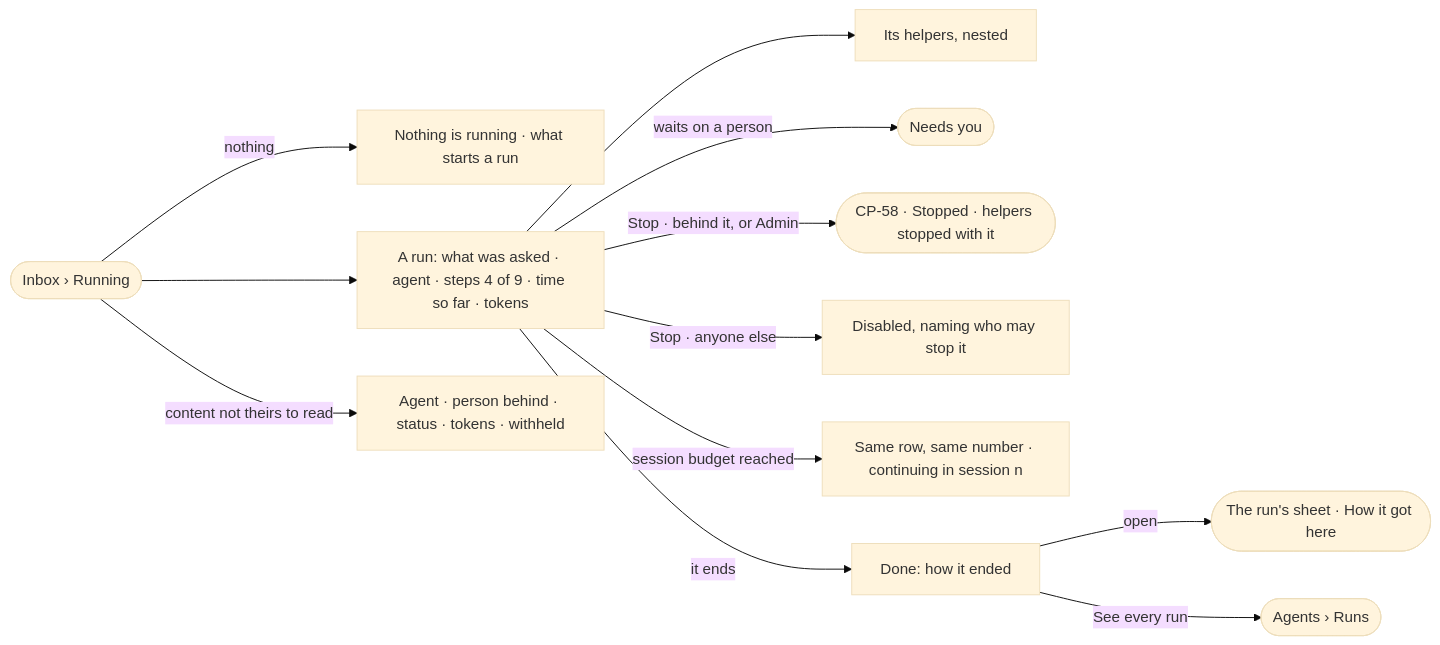
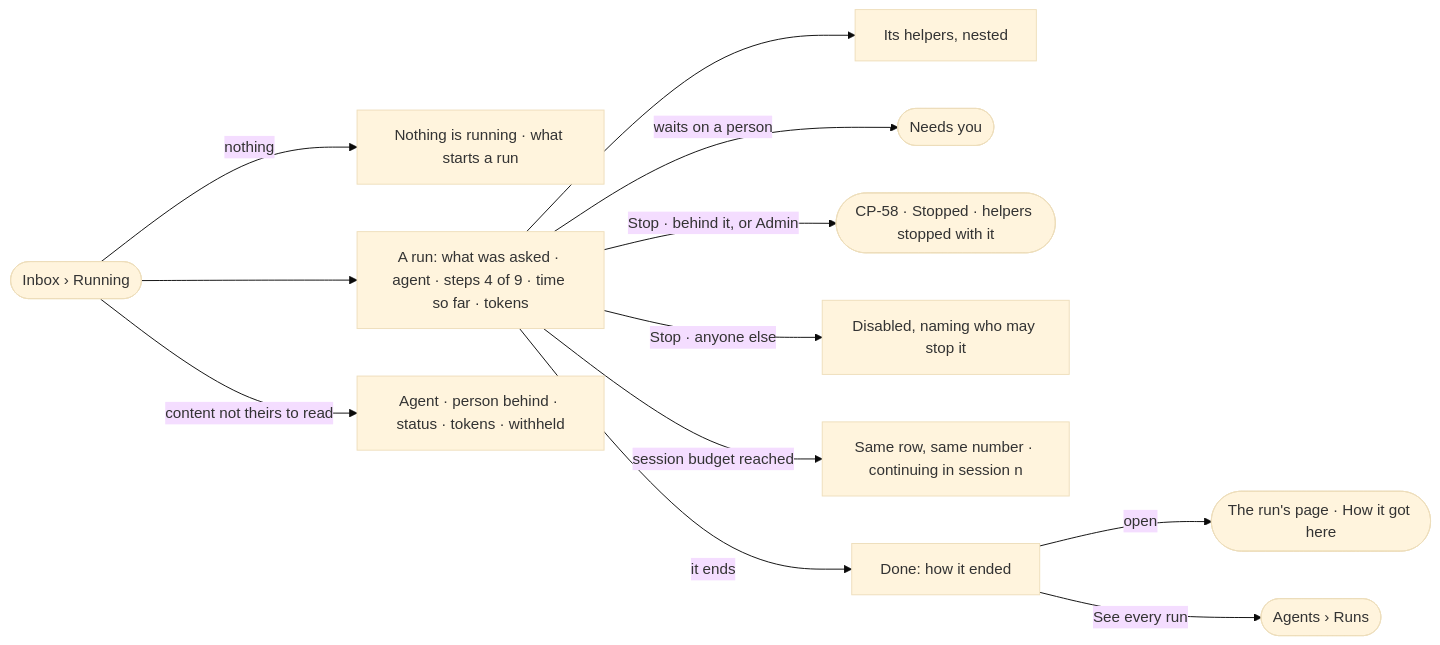
Before and after one commit to invana/invana: the diagram in specs/os/control/features/CP-F10-runs-and-how-the-agents-are-doing/stories/CP-57-see-what-is-running-and-what-just-ran/story.md, drawn with Mermaid (base theme). The commit also changed other lines of this file and 133 other files, not shown here.

````diff
--- a/specs/os/control/features/CP-F10-runs-and-how-the-agents-are-doing/stories/CP-57-see-what-is-running-and-what-just-ran/story.md
+++ b/specs/os/control/features/CP-F10-runs-and-how-the-agents-are-doing/stories/CP-57-see-what-is-running-and-what-just-ran/story.md
@@ -27,14 +27,14 @@
 ```mermaid
 flowchart LR
   s([Inbox › Running]) -->|nothing| e["Nothing is running · what starts a run"]
   s --> r["A run: what was asked · agent · steps 4 of 9 · time so far · tokens"]
   s -->|content not theirs to read| wh["Agent · person behind · status · tokens · withheld"]
   r --> h["Its helpers, nested"]
   r -->|waits on a person| n(["Needs you"])
   r -->|Stop · behind it, or Admin| x(["CP-58 · Stopped · helpers stopped with it"])
   r -->|Stop · anyone else| d["Disabled, naming who may stop it"]
   r -->|session budget reached| ct["Same row, same number · continuing in session n"]
   r -->|it ends| done["Done: how it ended"]
-  done -->|open| sh(["The run's sheet · How it got here"])
+  done -->|open| sh(["The run's page · How it got here"])
   done -->|See every run| all(["Agents › Runs"])
 ```
````
